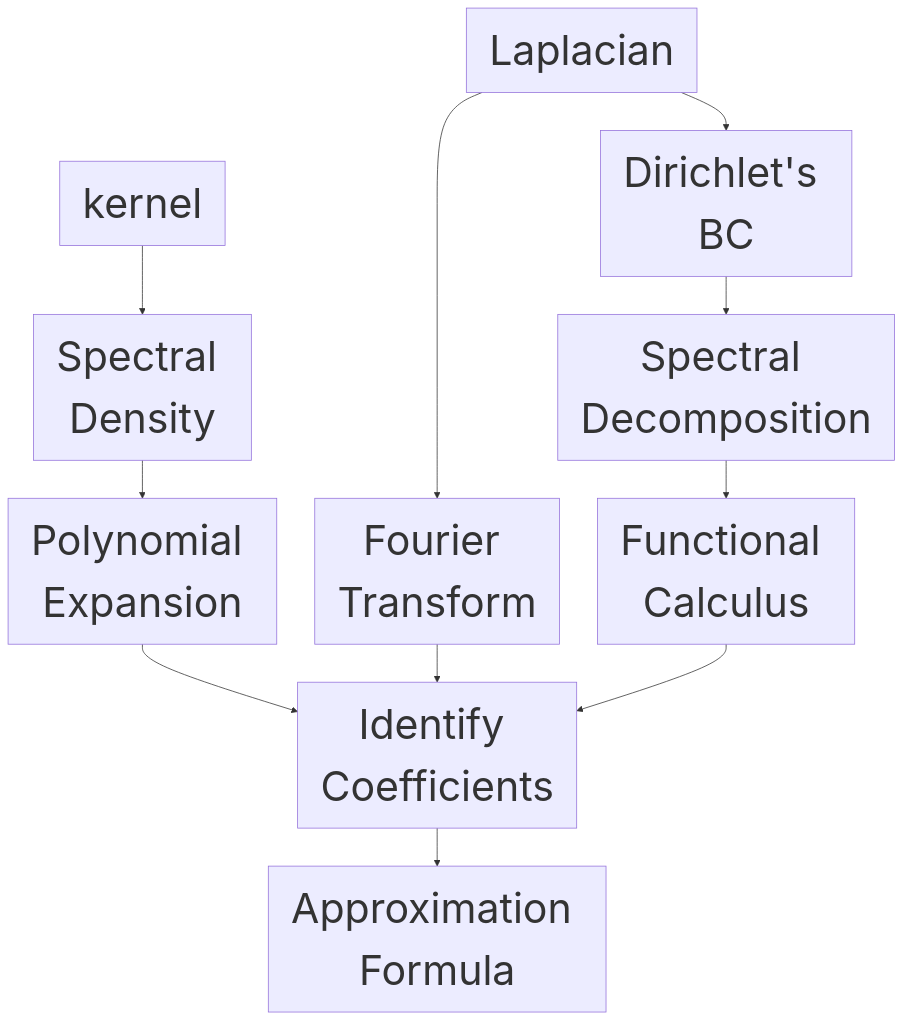
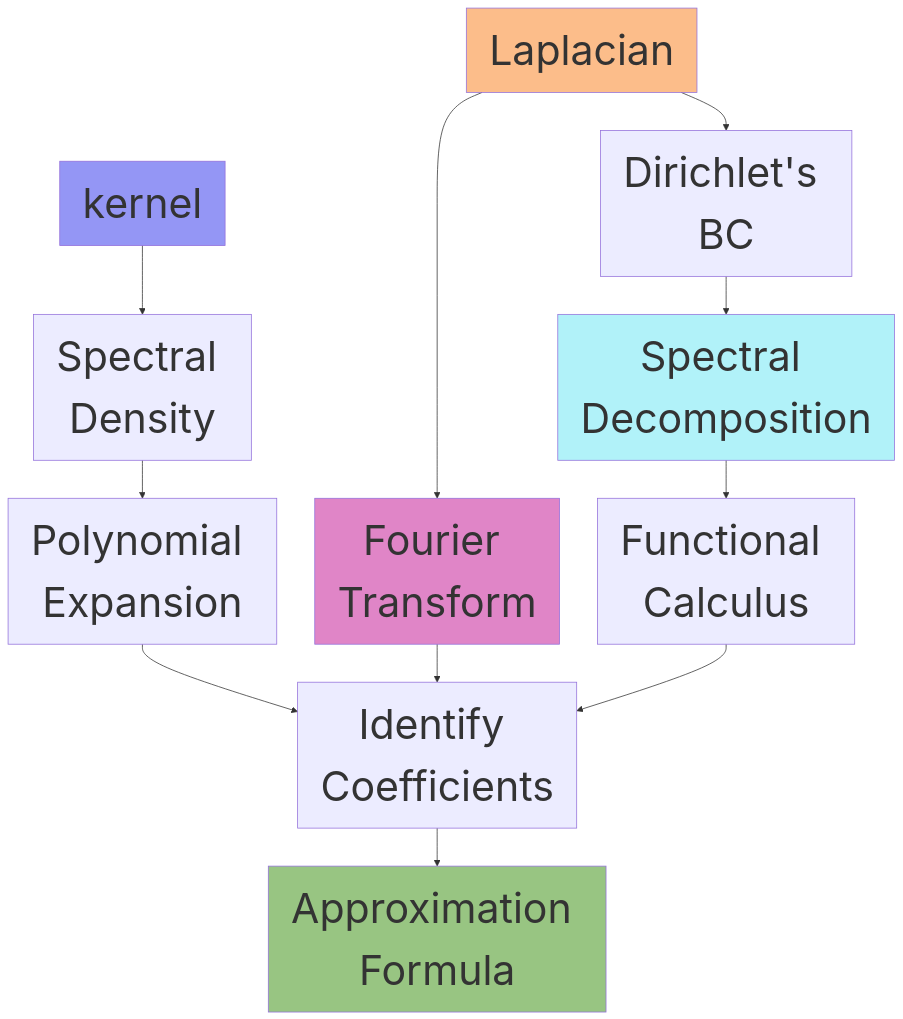
One commit to juanitorduz/website_projects changed the second of 2 diagrams in Presentations/pydata_2024/hsgp_intro.qmd. Above: the diagram before and after it, drawn with Mermaid. The commit also changed other lines of this file and 1 other file, not shown here.

````diff
--- a/Presentations/pydata_2024/hsgp_intro.qmd
+++ b/Presentations/pydata_2024/hsgp_intro.qmd
@@ -737,17 +740,23 @@
 ```{mermaid}
 %%| fig-height: 2
 %%| fig-width: 10
 %%| fig-align: "center"
-%%{init: {"theme": "white", "themeVariables": {"fontSize": "54px"}, "flowchart":{"htmlLabels":false}}}%%
+%%{init: {"theme": "white", "themeVariables": {"fontSize": "54px"}, "flowchart":{"htmlLabels": false}}}%%
 flowchart TD
-  kernel["kernel"] --> spectral_sensity["Spectral Density"]
-  spectral_sensity --> polynomial["Polynomial Expansion"]
+  kernel["kernel"] --> spectral_density["Spectral Density"]
+  spectral_density --> polynomial["Polynomial Expansion"]
   laplacian["Laplacian"] --> fourier["Fourier Transform"]
   laplacian --> dirichlet["Dirichlet's BC"]
   dirichlet --> spectral_decomposition["Spectral Decomposition"]
   spectral_decomposition["Spectral Decomposition"] --> functional["Functional Calculus"]
   polynomial --> identify_coefficients["Identify Coefficients"]
   fourier --> identify_coefficients
   functional --> identify_coefficients
   identify_coefficients --> approximation["Approximation Formula"]
+
+style kernel fill:#2a2eec80
+style laplacian fill:#fa7c1780
+style approximation fill:#328c0680
+style fourier fill:#c10c9080
+style spectral_decomposition fill:#65e5f380
 ```
````
